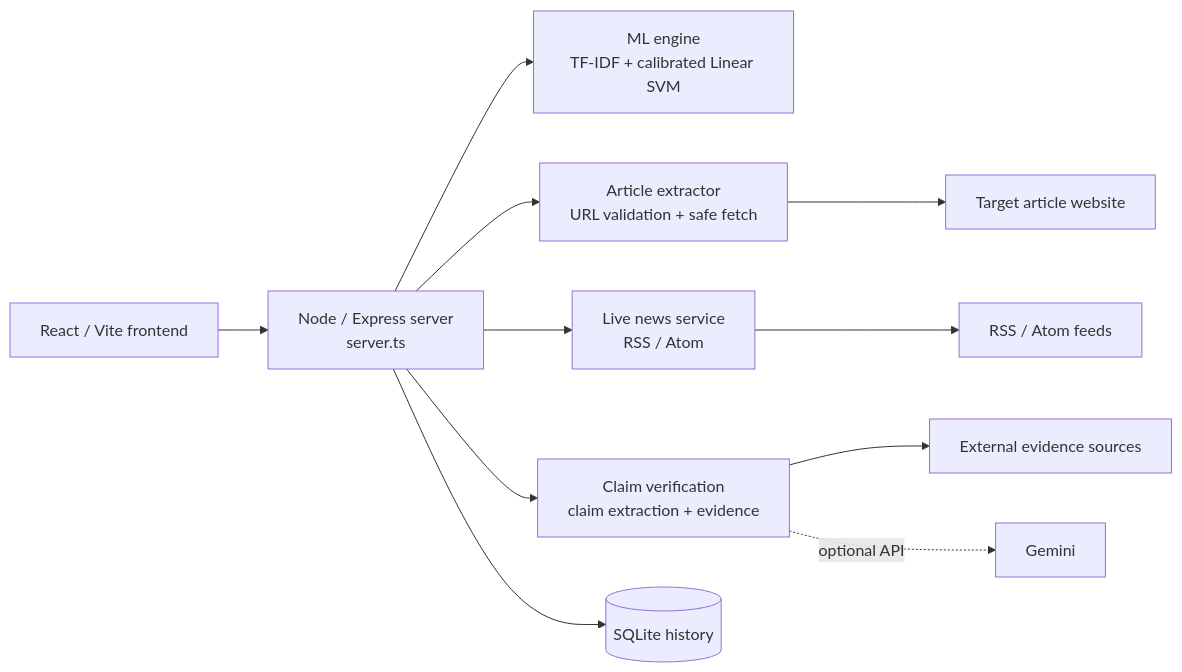
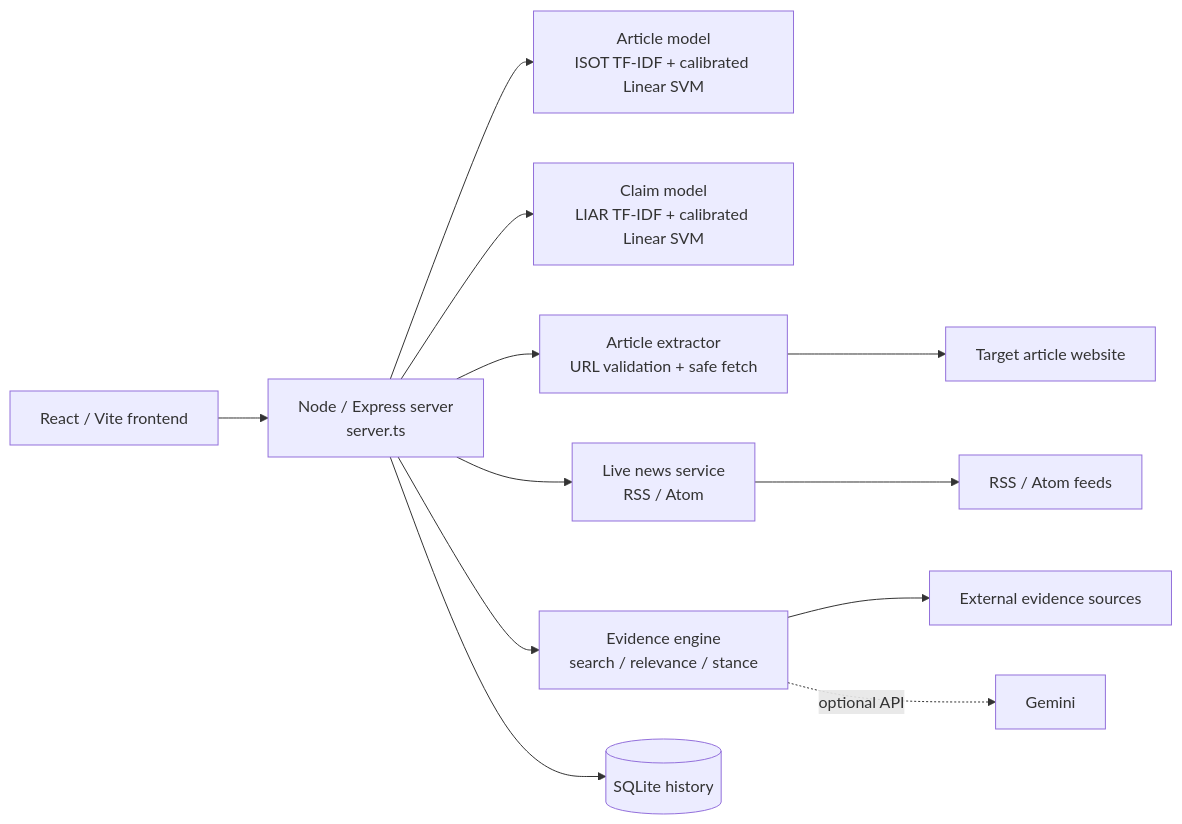
The first of 2 diagrams in README.md (Pappu246/truthlens-ai-fake-news-detection-system), drawn with Mermaid before and after one commit. The commit also changed other lines of this file and 19 other files, not shown here.

````diff
--- a/README.md
+++ b/README.md
@@ -72,15 +85,16 @@
 ```mermaid
 flowchart LR
     F[React / Vite frontend] --> S[Node / Express server<br/>server.ts]
 
-    S --> M[ML engine<br/>TF-IDF + calibrated Linear SVM]
+    S --> M[Article model<br/>ISOT TF-IDF + calibrated Linear SVM]
+    S --> C[Claim model<br/>LIAR TF-IDF + calibrated Linear SVM]
     S --> X[Article extractor<br/>URL validation + safe fetch]
     S --> N[Live news service<br/>RSS / Atom]
-    S --> V[Claim verification<br/>claim extraction + evidence]
+    S --> V[Evidence engine<br/>search / relevance / stance]
     S --> H[(SQLite history)]
 
     X --> W[Target article website]
     N --> R[RSS / Atom feeds]
     V --> E[External evidence sources]
     V -. optional API .-> G[Gemini]
 ```
````
